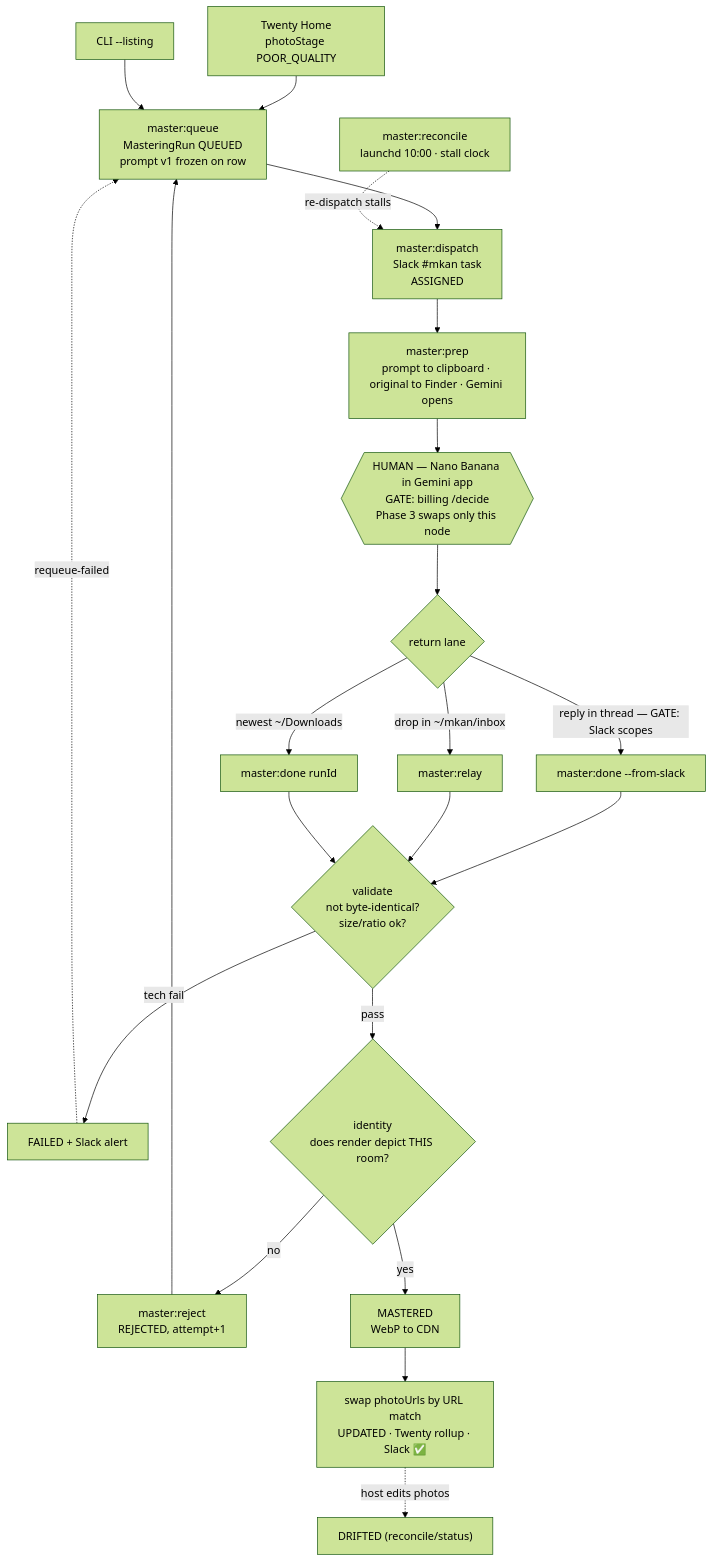
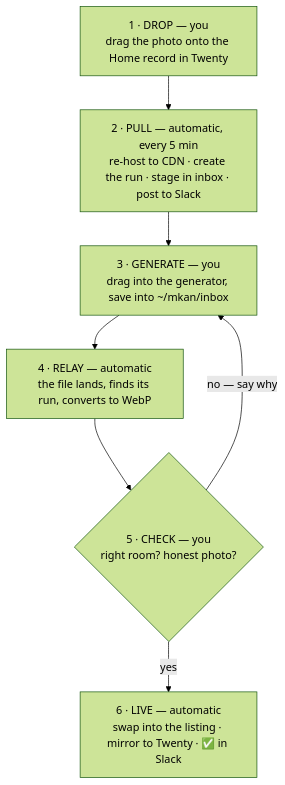
Before and after one commit to databayt/kun: the diagram in content/docs/master.mdx, drawn with Mermaid (forest theme). The commit also changed other lines of this file, not shown here.

Commit message:
docs(master): simplify the loop to the six steps an operator walks
The full state machine — three return lanes, two validation diamonds,
FAILED/DRIFTED/reconcile edges — was accurate and unreadable. It answered
"what are all the paths" when the page's job is "what do I actually do".
Redraw as the linear six-step workflow starting where the work really
starts (a photo dropped on a Home record in Twenty), mark which steps are
automatic and which are the human's, and name the seven building blocks
above it. The error lanes and states stay documented in the runbook.

Claude-Session: https://claude.ai/code/session_01XPgYaA1WYUkr23EjuTmUUM

````diff
--- a/content/docs/master.mdx
+++ b/content/docs/master.mdx
@@ -12,25 +29,12 @@
 ```mermaid
 graph TD
-    A1["Twenty Home<br/>photoStage POOR_QUALITY"] --> Q
-    A2["CLI --listing"] --> Q
-    Q["master:queue<br/>MasteringRun QUEUED<br/>prompt v1 frozen on row"] --> D
-    D["master:dispatch<br/>Slack #mkan task<br/>ASSIGNED"] --> P
-    P["master:prep<br/>prompt to clipboard · original to Finder · Gemini opens"] --> H
-    H{{"HUMAN — Nano Banana in Gemini app<br/>GATE: billing /decide<br/>Phase 3 swaps only this node"}}
-    H --> R{"return lane"}
-    R -->|"reply in thread — GATE: Slack scopes"| S1["master:done --from-slack"]
-    R -->|"drop in ~/mkan/inbox"| S2["master:relay"]
-    R -->|"newest ~/Downloads"| S3["master:done runId"]
-    S1 --> V
-    S2 --> V
-    S3 --> V
-    V{"validate<br/>not byte-identical?<br/>size/ratio ok?"} -->|"tech fail"| F["FAILED + Slack alert"]
-    V -->|"pass"| ID{"identity<br/>does render depict THIS room?"}
-    ID -->|"no"| RJ["master:reject<br/>REJECTED, attempt+1"]
-    ID -->|"yes"| M["MASTERED<br/>WebP to CDN"]
-    M --> U["swap photoUrls by URL match<br/>UPDATED · Twenty rollup · Slack ✅"]
-    RJ --> Q
-    F -.->|"requeue-failed"| Q
-    U -.->|"host edits photos"| DR["DRIFTED (reconcile/status)"]
-    RC["master:reconcile<br/>launchd 10:00 · stall clock"] -.->|"re-dispatch stalls"| D
+    T["1 · DROP — you<br/>drag the photo onto the Home record in Twenty"]
+    P["2 · PULL — automatic, every 5 min<br/>re-host to CDN · create the run · stage in inbox · post to Slack"]
+    G["3 · GENERATE — you<br/>drag into the generator, save into ~/mkan/inbox"]
+    R["4 · RELAY — automatic<br/>the file lands, finds its run, converts to WebP"]
+    C{"5 · CHECK — you<br/>right room? honest photo?"}
+    L["6 · LIVE — automatic<br/>swap into the listing · mirror to Twenty · ✅ in Slack"]
+    T --> P --> G --> R --> C
+    C -->|"yes"| L
+    C -->|"no — say why"| G
 ```
````
